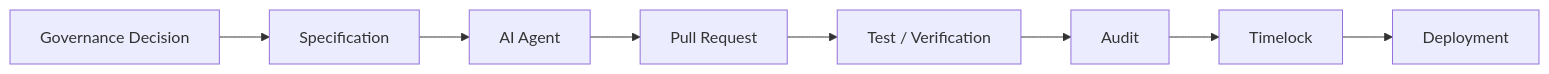
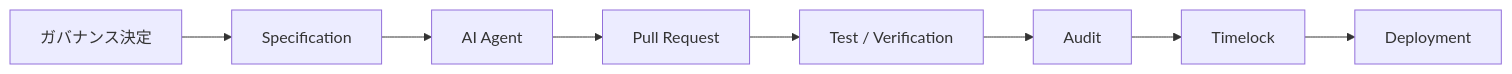
Before and after one commit to ShigeichiroYamasaki/creator-first-platform: diagram 19 of 23 in docs/whitepaper/07-governance.md, drawn with Mermaid. The commit also changed other lines of this file and 67 other files, not shown here.

````diff
--- a/docs/whitepaper/07-governance.md
+++ b/docs/whitepaper/07-governance.md
@@ -896,13 +949,13 @@
 ```mermaid
 flowchart LR
-    GOV[Governance Decision]
+    GOV[ガバナンス決定]
     SPEC[Specification]
     AI[AI Agent]
     PR[Pull Request]
     TEST[Test / Verification]
     AUDIT[Audit]
     TIME[Timelock]
     DEPLOY[Deployment]
 
     GOV --> SPEC --> AI --> PR --> TEST --> AUDIT --> TIME --> DEPLOY
 ```
````
